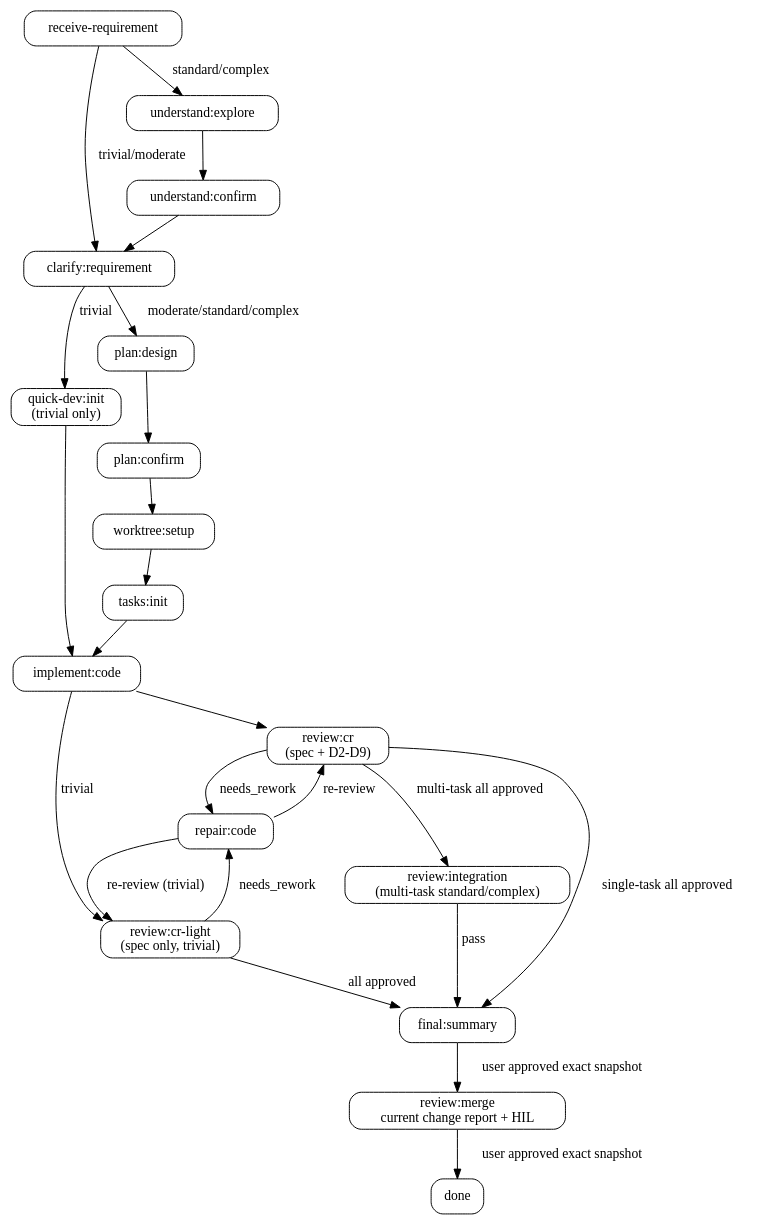
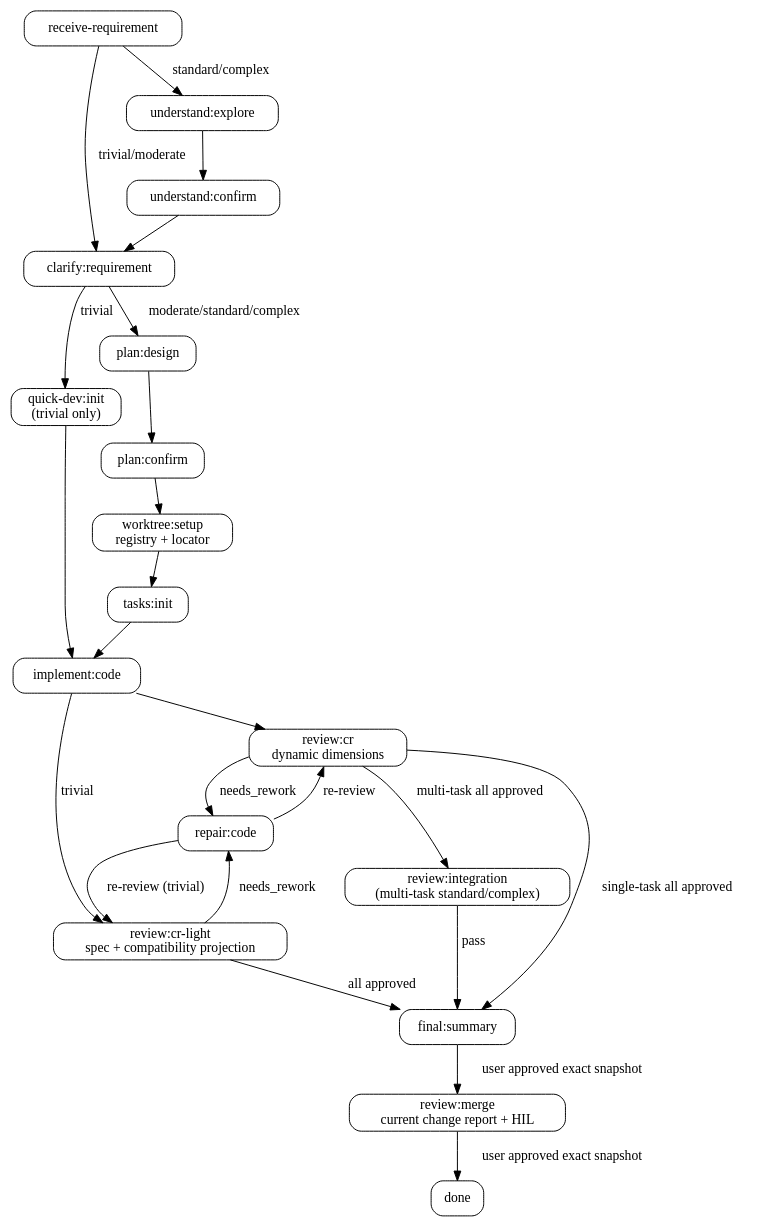
Before and after one commit to Jxin-Cai/chisel: the diagram in skills/chisel/SKILL.md, drawn with Graphviz. The commit also changed other lines of this file and 29 other files, not shown here.

````diff
--- a/skills/chisel/SKILL.md
+++ b/skills/chisel/SKILL.md
@@ -91,42 +91,42 @@
 ```dot
 digraph chisel_flow {
   rankdir=TB; node [shape=box, style=rounded];
   receive [label="receive-requirement"];
   explore [label="understand:explore"];
   u_confirm [label="understand:confirm"];
   clarify [label="clarify:requirement"];
   quickdev [label="quick-dev:init\n(trivial only)"];
   design [label="plan:design"];
   p_confirm [label="plan:confirm"];
-  worktree [label="worktree:setup"];
+  worktree [label="worktree:setup\nregistry + locator"];
   tasks [label="tasks:init"];
   implement [label="implement:code"];
-  review [label="review:cr\n(spec + D2-D9)"];
-  review_light [label="review:cr-light\n(spec only, trivial)"];
+  review [label="review:cr\ndynamic dimensions"];
+  review_light [label="review:cr-light\nspec + compatibility projection"];
   integration [label="review:integration\n(multi-task standard/complex)"];
   repair [label="repair:code"];
   final [label="final:summary"];
   merge_review [label="review:merge\ncurrent change report + HIL"];
   done [label="done"];
 
   receive -> explore [label="standard/complex"];
   receive -> clarify [label="trivial/moderate"];
   explore -> u_confirm -> clarify;
   clarify -> quickdev [label="trivial"];
   clarify -> design [label="moderate/standard/complex"];
   quickdev -> implement;
   design -> p_confirm -> worktree;
   worktree -> tasks;
   tasks -> implement -> review;
   implement -> review_light [label="trivial"];
   review -> repair [label="needs_rework"];
   review_light -> repair [label="needs_rework"];
   repair -> review [label="re-review"];
   repair -> review_light [label="re-review (trivial)"];
   review -> integration [label="multi-task all approved"];
   integration -> final [label="pass"];
   review -> final [label="single-task all approved"];
   review_light -> final [label="all approved"];
   final -> merge_review -> done [label="user approved exact snapshot"];
 }
 ```
````
